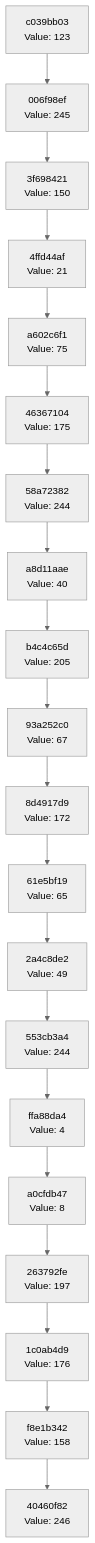
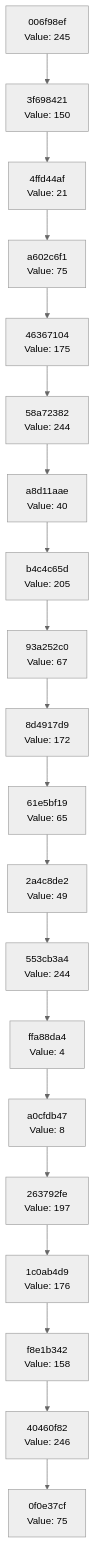
Before and after one commit to Abhisheksinha1506/hash-chain-evolver: the diagram in docs/CHAIN_VISUALIZATION.md, drawn with Mermaid (neutral theme). The commit also changed 2 other files, not shown here.

Commit message:
Evolution Step

````diff
--- a/docs/CHAIN_VISUALIZATION.md
+++ b/docs/CHAIN_VISUALIZATION.md
@@ -3,42 +3,42 @@
 ```mermaid
 graph TD
-    C0["40460f82<br/>Value: 246"]
-    C1["f8e1b342<br/>Value: 158"]
+    C0["0f0e37cf<br/>Value: 75"]
+    C1["40460f82<br/>Value: 246"]
     C1 --> C0
-    C2["1c0ab4d9<br/>Value: 176"]
+    C2["f8e1b342<br/>Value: 158"]
     C2 --> C1
-    C3["263792fe<br/>Value: 197"]
+    C3["1c0ab4d9<br/>Value: 176"]
     C3 --> C2
-    C4["a0cfdb47<br/>Value: 8"]
+    C4["263792fe<br/>Value: 197"]
     C4 --> C3
-    C5["ffa88da4<br/>Value: 4"]
+    C5["a0cfdb47<br/>Value: 8"]
     C5 --> C4
-    C6["553cb3a4<br/>Value: 244"]
+    C6["ffa88da4<br/>Value: 4"]
     C6 --> C5
-    C7["2a4c8de2<br/>Value: 49"]
+    C7["553cb3a4<br/>Value: 244"]
     C7 --> C6
-    C8["61e5bf19<br/>Value: 65"]
+    C8["2a4c8de2<br/>Value: 49"]
     C8 --> C7
-    C9["8d4917d9<br/>Value: 172"]
+    C9["61e5bf19<br/>Value: 65"]
     C9 --> C8
-    C10["93a252c0<br/>Value: 67"]
+    C10["8d4917d9<br/>Value: 172"]
     C10 --> C9
-    C11["b4c4c65d<br/>Value: 205"]
+    C11["93a252c0<br/>Value: 67"]
     C11 --> C10
-    C12["a8d11aae<br/>Value: 40"]
+    C12["b4c4c65d<br/>Value: 205"]
     C12 --> C11
-    C13["58a72382<br/>Value: 244"]
+    C13["a8d11aae<br/>Value: 40"]
     C13 --> C12
-    C14["46367104<br/>Value: 175"]
+    C14["58a72382<br/>Value: 244"]
     C14 --> C13
-    C15["a602c6f1<br/>Value: 75"]
+    C15["46367104<br/>Value: 175"]
     C15 --> C14
-    C16["4ffd44af<br/>Value: 21"]
+    C16["a602c6f1<br/>Value: 75"]
     C16 --> C15
-    C17["3f698421<br/>Value: 150"]
+    C17["4ffd44af<br/>Value: 21"]
     C17 --> C16
-    C18["006f98ef<br/>Value: 245"]
+    C18["3f698421<br/>Value: 150"]
     C18 --> C17
-    C19["c039bb03<br/>Value: 123"]
+    C19["006f98ef<br/>Value: 245"]
     C19 --> C18
 ```
````
